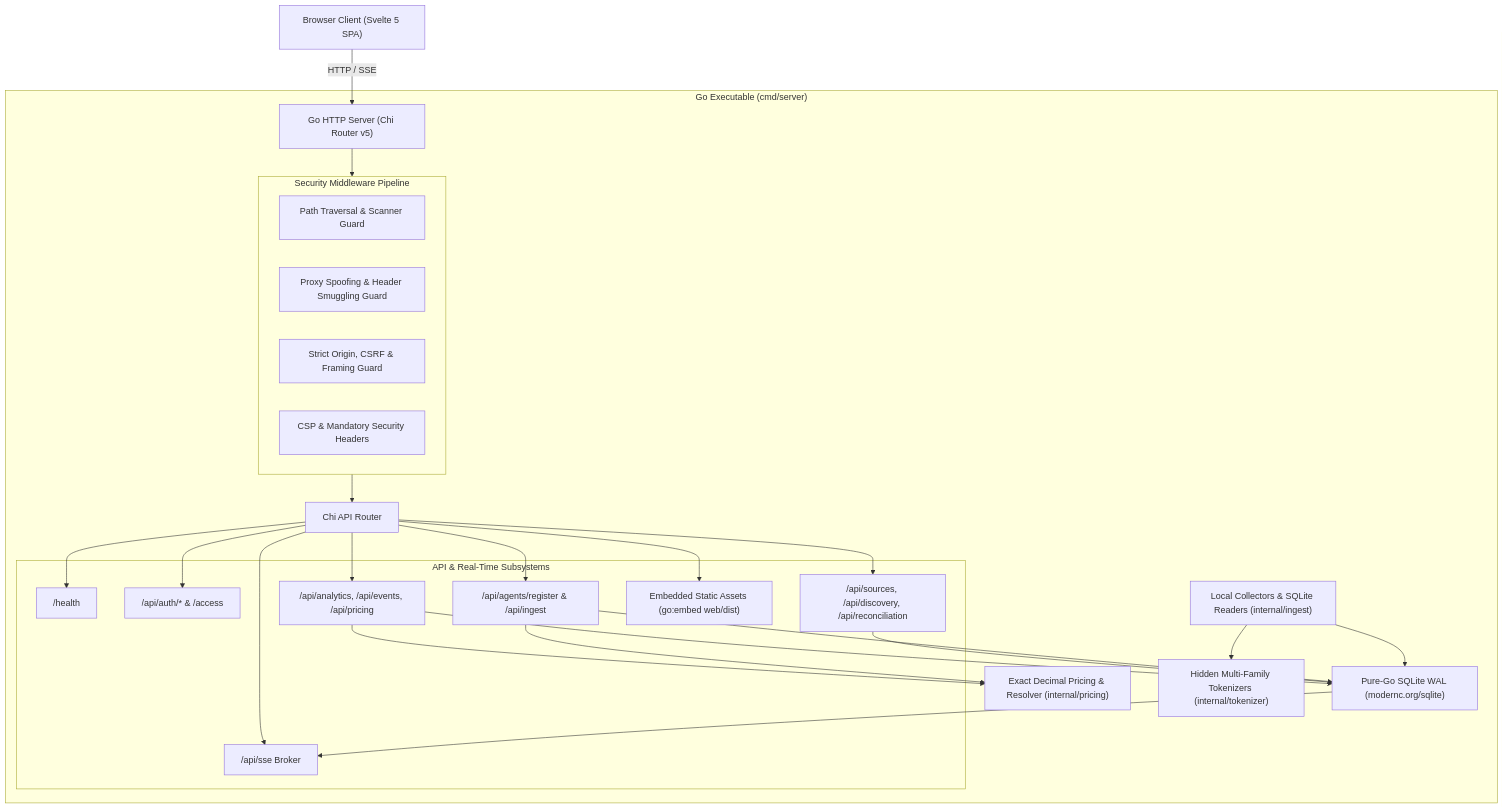
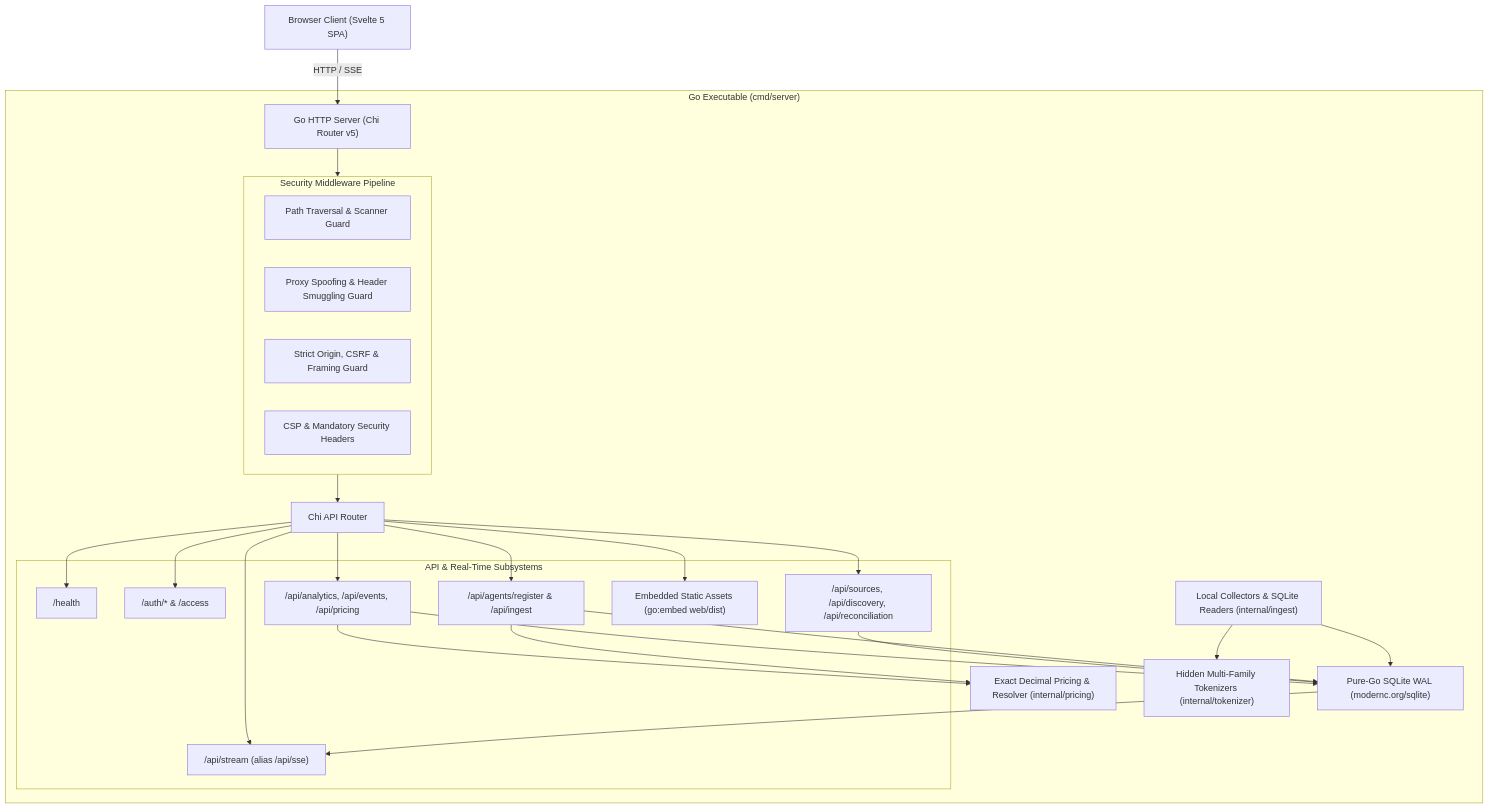
The diagram in docs/spec/WAVE1_SPEC.md (soyaelithia-ui/ai-usage-monitor), drawn with Mermaid before and after one commit. The commit also changed other lines of this file and 12 other files, not shown here.

````diff
--- a/docs/spec/WAVE1_SPEC.md
+++ b/docs/spec/WAVE1_SPEC.md
@@ -11,44 +11,44 @@
 ```mermaid
 flowchart TD
     Client["Browser Client (Svelte 5 SPA)"] -->|HTTP / SSE| Server["Go HTTP Server (Chi Router v5)"]
 
     subgraph Go_Binary ["Go Executable (cmd/server)"]
         Server --> MiddlewareChain["Security Middleware Pipeline"]
 
         subgraph MiddlewareChain ["Security Middleware Pipeline"]
             SecGuard["Path Traversal & Scanner Guard"]
             ProxyGuard["Proxy Spoofing & Header Smuggling Guard"]
             OriginGuard["Strict Origin, CSRF & Framing Guard"]
             SecHeaders["CSP & Mandatory Security Headers"]
         end
 
         MiddlewareChain --> Router["Chi API Router"]
 
         subgraph Handlers ["API & Real-Time Subsystems"]
             HealthAPI["/health"]
-            AuthAPI["/api/auth/* & /access"]
+            AuthAPI["/auth/* & /access"]
             UsageAPI["/api/analytics, /api/events, /api/pricing"]
             SourcesAPI["/api/sources, /api/discovery, /api/reconciliation"]
             IngestAPI["/api/agents/register & /api/ingest"]
-            SSEBroker["/api/sse Broker"]
+            SSEBroker["/api/stream (alias /api/sse)"]
             StaticServer["Embedded Static Assets (go:embed web/dist)"]
         end
 
         Router --> HealthAPI
         Router --> AuthAPI
         Router --> UsageAPI
         Router --> SourcesAPI
         Router --> IngestAPI
         Router --> SSEBroker
         Router --> StaticServer
 
         UsageAPI --> PricingEngine["Exact Decimal Pricing & Resolver (internal/pricing)"]
         IngestAPI --> PricingEngine
         UsageAPI --> DB["Pure-Go SQLite WAL (modernc.org/sqlite)"]
         SourcesAPI --> DB
         IngestAPI --> DB
         LocalIngest["Local Collectors & SQLite Readers (internal/ingest)"] --> DB
         LocalIngest --> HiddenTok["Hidden Multi-Family Tokenizers (internal/tokenizer)"]
         DB --> SSEBroker
     end
 ```
````
